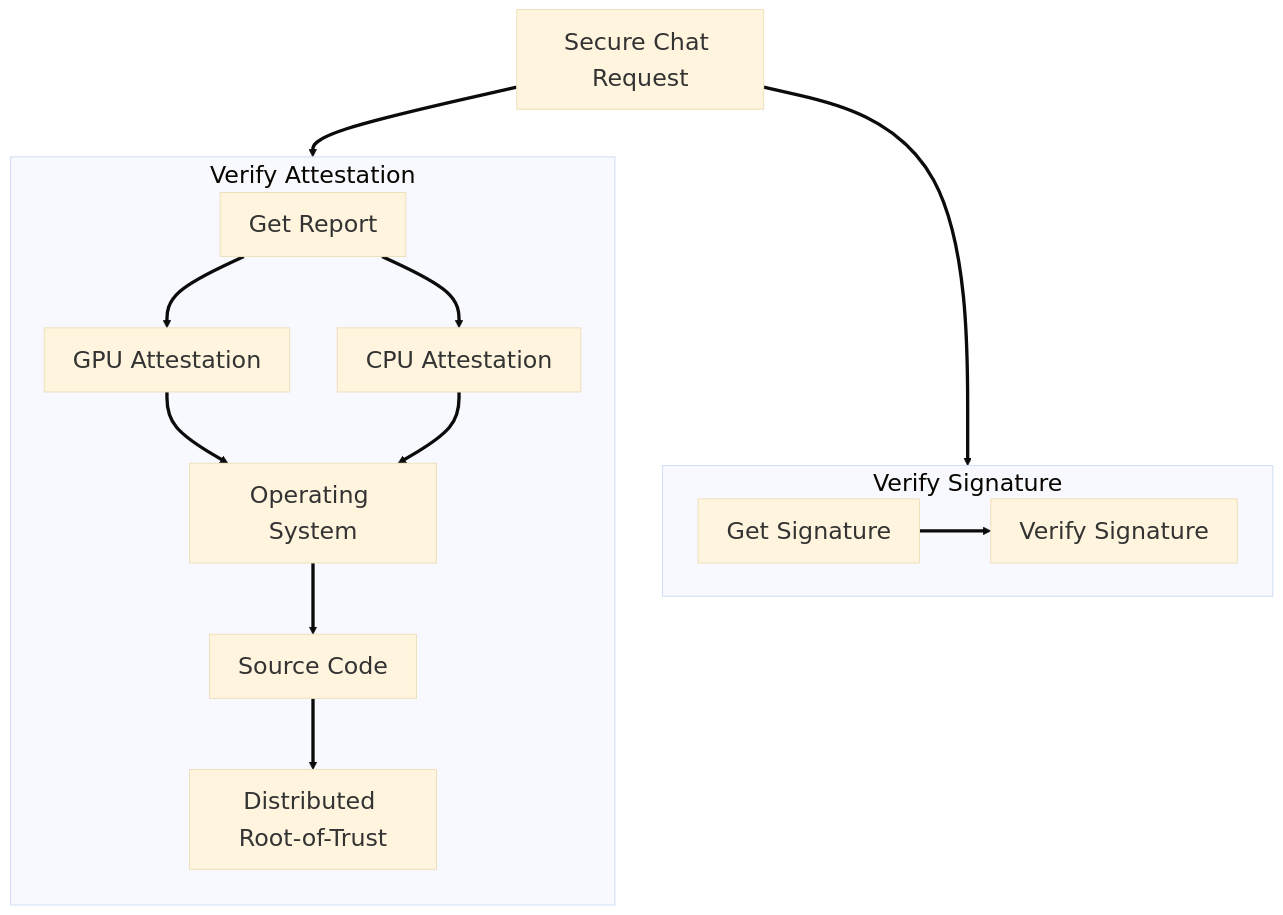
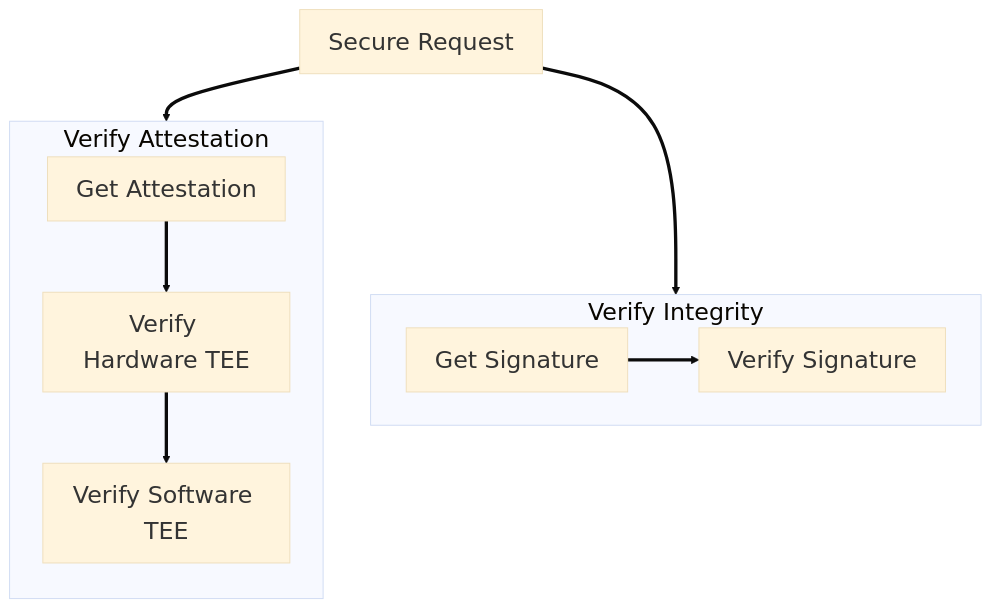
The diagram in phala-cloud/confidential-ai/verify/overview.mdx (Phala-Network/phala-docs), drawn with Mermaid before and after one commit. The commit also changed other lines of this file and 7 other files, not shown here.

````diff
--- a/phala-cloud/confidential-ai/verify/overview.mdx
+++ b/phala-cloud/confidential-ai/verify/overview.mdx
@@ -26,19 +29,14 @@
 ```mermaid
 %%{init: {'theme': 'base', 'themeVariables': { 'fontSize': '25px', 'fontFamily': 'arial', 'lineWidth': '3px' }}}%%
 flowchart TD
   subgraph Attestation [Verify Attestation]
     direction TB
-    A1[Get Report]
-    A1 ==> A21[GPU Attestation]
-    A1 ==> A22[CPU Attestation]
-    A21 ==> A3[Operating System]
-    A22 ==> A3
-    A3 ==> A4[Source Code]
-    A4 ==> A5[Distributed Root-of-Trust]
+    A0[Get Attestation] ==> A1
+    A1[Verify Hardware TEE] ==> A2[Verify Software TEE]
   end
-  subgraph Signature [Verify Signature]
+  subgraph Signature [Verify Integrity]
     S1[Get Signature] ==> S2[Verify Signature]
   end
-  Request[Secure Chat Request] ==> Attestation
+  Request[Secure Request] ==> Attestation
   Request ==> Signature
 ```
````
